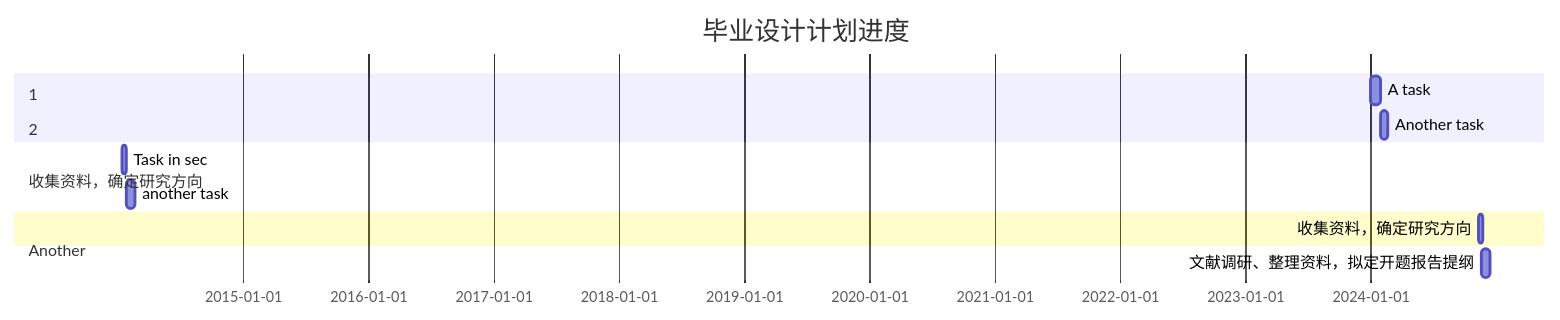
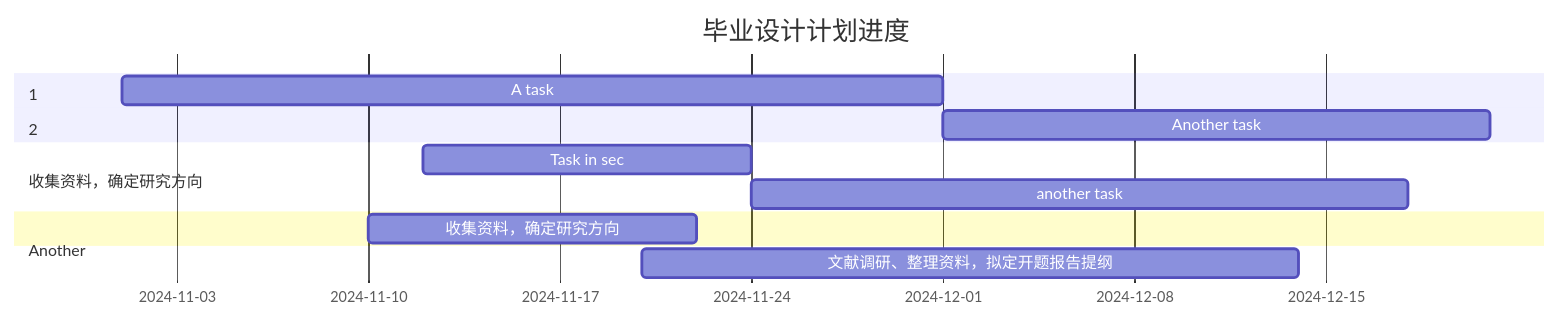
Before and after one commit to Kelseyyz/iodraw-files: the diagram in all/未命名.md, drawn with Mermaid.

Commit message:
2024-12-30 11:03:18 update

````diff
--- a/all/未命名.md
+++ b/all/未命名.md
@@ -1,18 +1,18 @@
 ```mermaid
 gantt
     title 毕业设计计划进度
     dateFormat  YYYY-MM-DD
     
     section 收集资料，确定研究方向
-    A task           :a1, 2024-01-01, 30d
+    A task           :a1, 2024-11-01, 30d
     Another task     :after a1  , 20d
     section Another
-    Task in sec      :2014-01-12  , 12d
+    Task in sec      :2024-11-12  , 12d
     another task      : 24d
 
 
     section 1
     收集资料，确定研究方向           : 2024-11-10  , 12d
     section 2
     文献调研、整理资料，拟定开题报告提纲      :2024-11-20  , 24d
 ```
````
